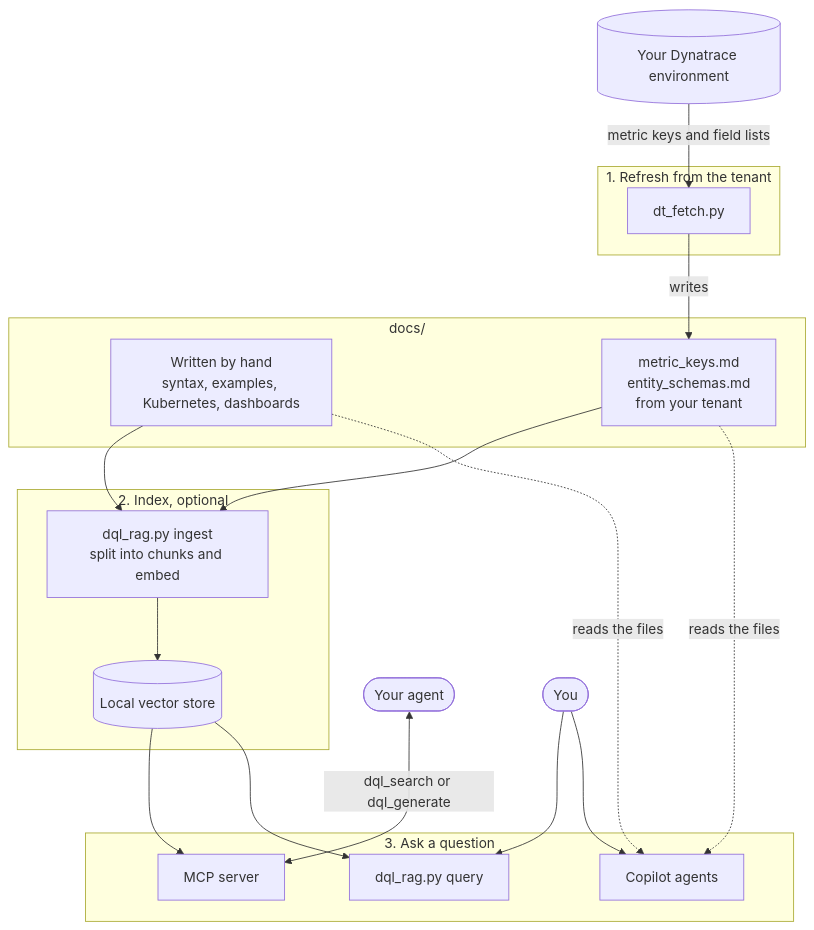
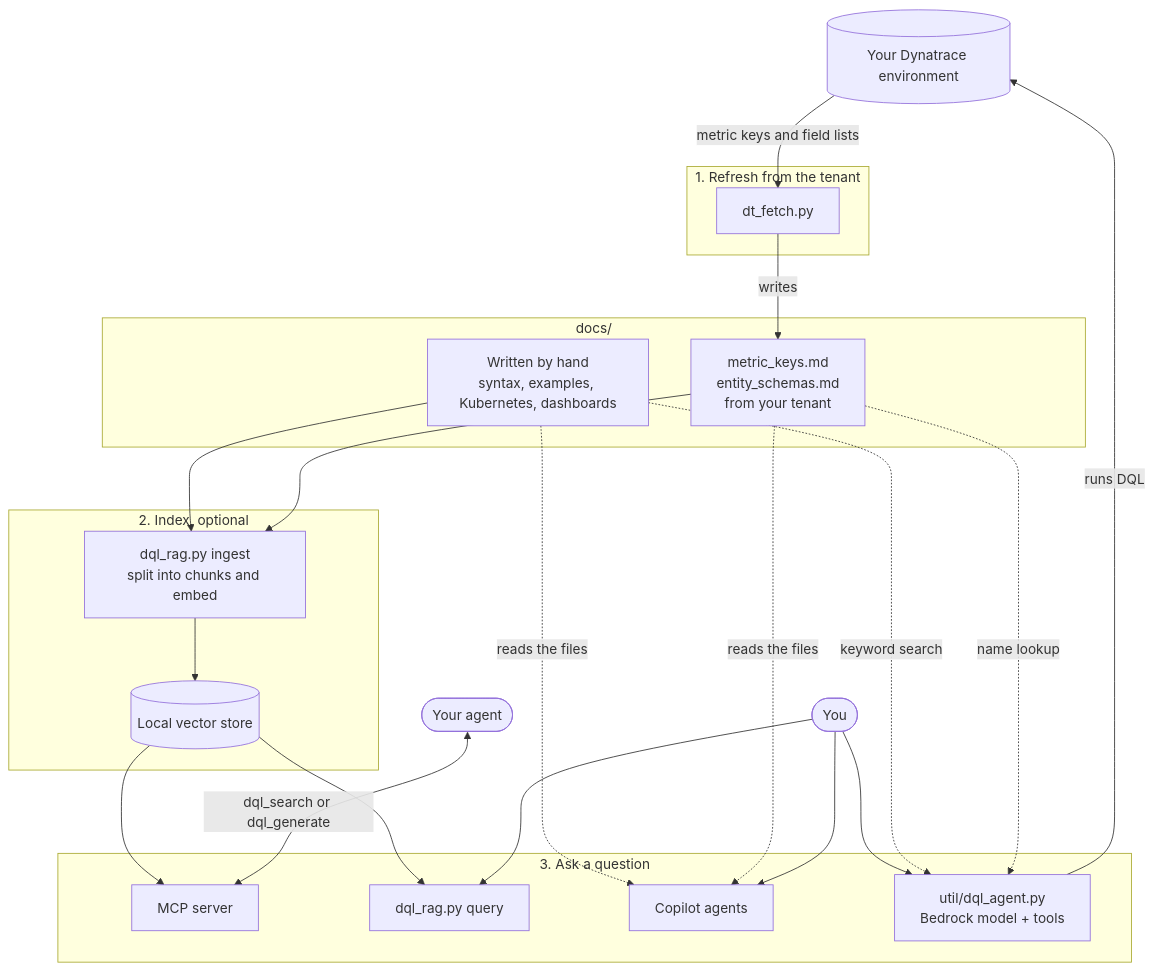
One commit to aachtenberg/dynatrace-dql-kb changed the first of 3 diagrams in ARCHITECTURE.md. Above: the diagram before and after it, drawn with Mermaid. The commit also changed other lines of this file and 3 other files, not shown here.

First line of the commit message:
Docs: show the DQL agent in the overviews; Davis problems in Copilot rules (#6)

````diff
--- a/ARCHITECTURE.md
+++ b/ARCHITECTURE.md
@@ -13,37 +13,42 @@
 ```mermaid
 flowchart TB
     DT[("Your Dynatrace environment")]
 
     subgraph populate["1. Refresh from the tenant"]
         FETCH["dt_fetch.py"]
     end
     DT -->|"metric keys and field lists"| FETCH
 
     subgraph kb["docs/"]
         AUTHORED["Written by hand<br/>syntax, examples, Kubernetes, dashboards"]
         ENVDOCS["metric_keys.md<br/>entity_schemas.md<br/>from your tenant"]
     end
     FETCH -->|writes| ENVDOCS
 
     subgraph ingest["2. Index, optional"]
         ING["dql_rag.py ingest<br/>split into chunks and embed"]
         CHROMA[("Local vector store")]
     end
     AUTHORED --> ING
     ENVDOCS --> ING
     ING --> CHROMA
 
     subgraph consume["3. Ask a question"]
         MCP["MCP server"]
         CLI["dql_rag.py query"]
         COPILOT["Copilot agents"]
+        DQLAGENT["util/dql_agent.py<br/>Bedrock model + tools"]
     end
     CHROMA --> MCP
     CHROMA --> CLI
     AUTHORED -. "reads the files" .-> COPILOT
     ENVDOCS -. "reads the files" .-> COPILOT
 
     AGENT(["Your agent"]) <-->|"dql_search or dql_generate"| MCP
     USER(["You"]) --> CLI
     USER --> COPILOT
+    USER --> DQLAGENT
+    AUTHORED -. "keyword search" .-> DQLAGENT
+    ENVDOCS -. "name lookup" .-> DQLAGENT
+    DQLAGENT -->|"runs DQL"| DT
 ```
````
